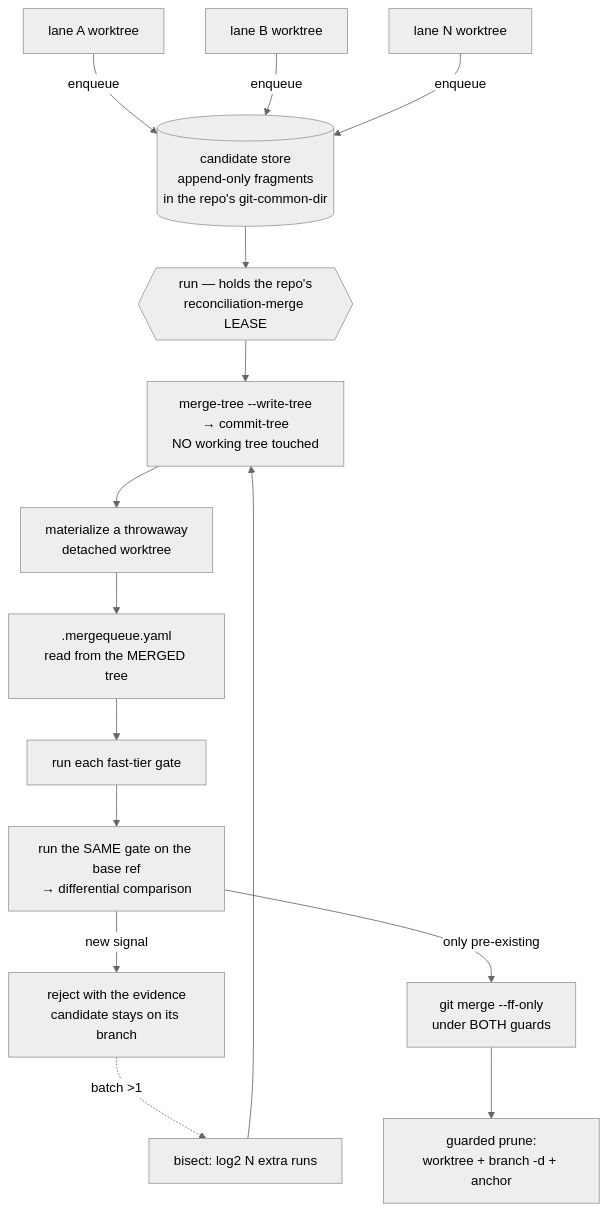
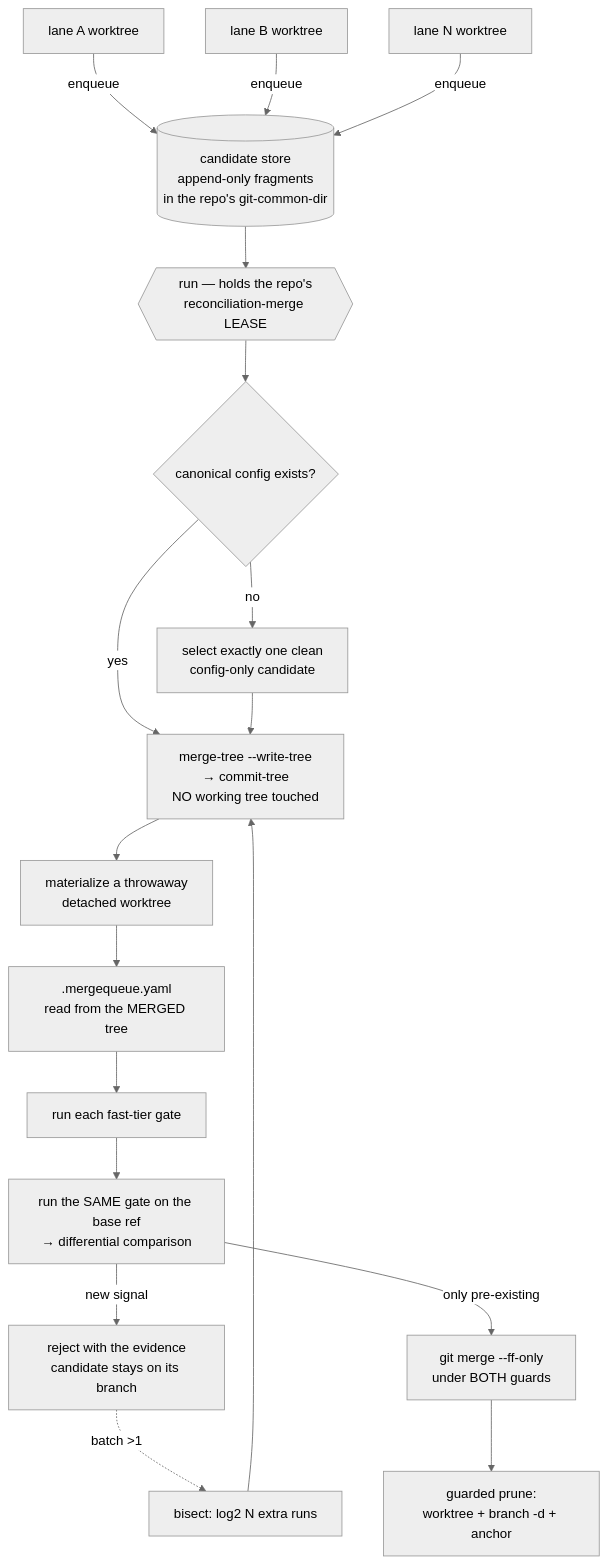
The diagram in docs/merge-queue.md (Knuckles-Team/repository-manager), drawn with Mermaid (neutral theme) before and after one commit. The commit also changed other lines of this file and 2 other files, not shown here.

Commit message:
fix: bootstrap merge queue governance

````diff
--- a/docs/merge-queue.md
+++ b/docs/merge-queue.md
@@ -41,17 +42,20 @@
 ```mermaid
 flowchart TD
     L1[lane A worktree] -->|enqueue| S[("candidate store<br/>append-only fragments<br/>in the repo's git-common-dir")]
     L2[lane B worktree] -->|enqueue| S
     L3[lane N worktree] -->|enqueue| S
     S --> R{{"run — holds the repo's<br/>reconciliation-merge LEASE"}}
-    R --> C["merge-tree --write-tree<br/>→ commit-tree<br/>NO working tree touched"]
+    R --> Q{"canonical config exists?"}
+    Q -->|yes| C["merge-tree --write-tree<br/>→ commit-tree<br/>NO working tree touched"]
+    Q -->|no| BC["select exactly one clean<br/>config-only candidate"]
+    BC --> C
     C --> G["materialize a throwaway<br/>detached worktree"]
     G --> Y[".mergequeue.yaml<br/>read from the MERGED tree"]
     Y --> F[run each fast-tier gate]
     F --> B["run the SAME gate on the base ref<br/>→ differential comparison"]
     B -->|new signal| REJ["reject with the evidence<br/>candidate stays on its branch"]
     B -->|only pre-existing| FF["git merge --ff-only<br/>under BOTH guards"]
     FF --> P["guarded prune:<br/>worktree + branch -d + anchor"]
     REJ -.->|batch >1| BI[bisect: log2 N extra runs]
     BI --> C
 ```
````
